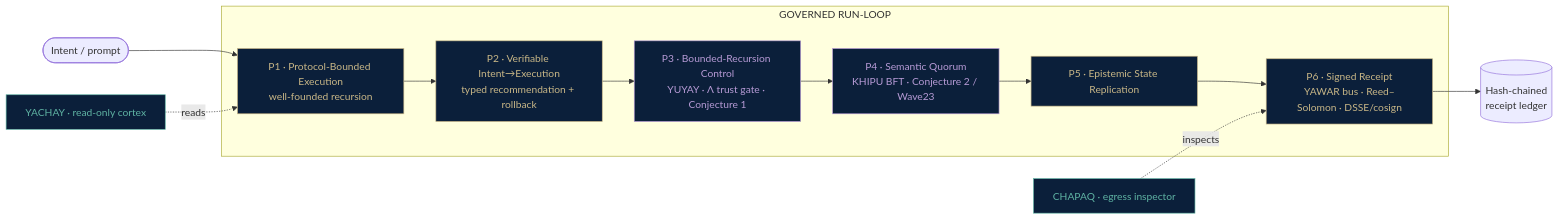
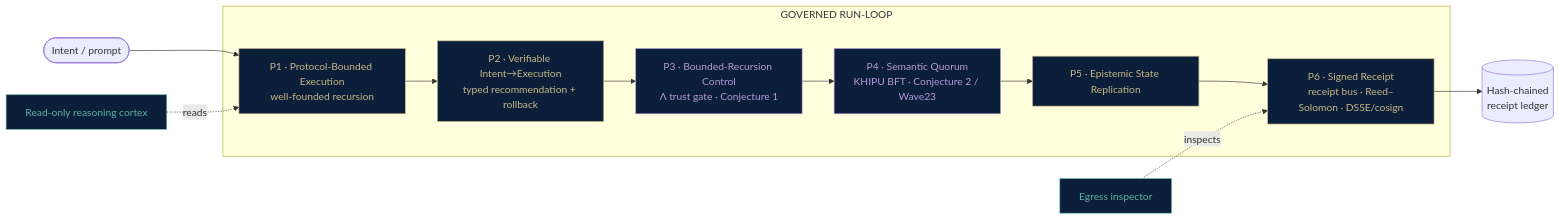
The diagram in profile/README.md (szl-holdings/.github), drawn with Mermaid before and after one commit. The commit also changed other lines of this file, not shown here.

````diff
--- a/profile/README.md
+++ b/profile/README.md
@@ -76,20 +125,20 @@
 ```mermaid
 flowchart LR
     U([Intent / prompt]) --> P1
     subgraph GOVERNED_RUN_LOOP[GOVERNED RUN-LOOP]
         P1[P1 · Protocol-Bounded Execution<br/>well-founded recursion] --> P2
         P2[P2 · Verifiable Intent→Execution<br/>typed recommendation + rollback] --> P3
-        P3[P3 · Bounded-Recursion Control<br/>YUYAY · Λ trust gate · Conjecture 1] --> P4
+        P3[P3 · Bounded-Recursion Control<br/>Λ trust gate · Conjecture 1] --> P4
         P4[P4 · Semantic Quorum<br/>KHIPU BFT · Conjecture 2 / Wave23] --> P5
         P5[P5 · Epistemic State Replication] --> P6
     end
-    P6[P6 · Signed Receipt<br/>YAWAR bus · Reed–Solomon · DSSE/cosign] --> R[(Hash-chained<br/>receipt ledger)]
-    YACHAY[YACHAY · read-only cortex] -. reads .-> P1
-    CHAPAQ[CHAPAQ · egress inspector] -. inspects .-> P6
+    P6[P6 · Signed Receipt<br/>receipt bus · Reed–Solomon · DSSE/cosign] --> R[(Hash-chained<br/>receipt ledger)]
+    YACHAY[Read-only reasoning cortex] -. reads .-> P1
+    CHAPAQ[Egress inspector] -. inspects .-> P6
     classDef gold fill:#0B1F3A,stroke:#c9b787,color:#c9b787;
     classDef teal fill:#0B1F3A,stroke:#5fb3a3,color:#5fb3a3;
     classDef conj fill:#0B1F3A,stroke:#B79BD6,color:#B79BD6;
     class P1,P2,P5,P6 gold;
     class P3,P4 conj;
     class YACHAY,CHAPAQ teal;
 ```
````
